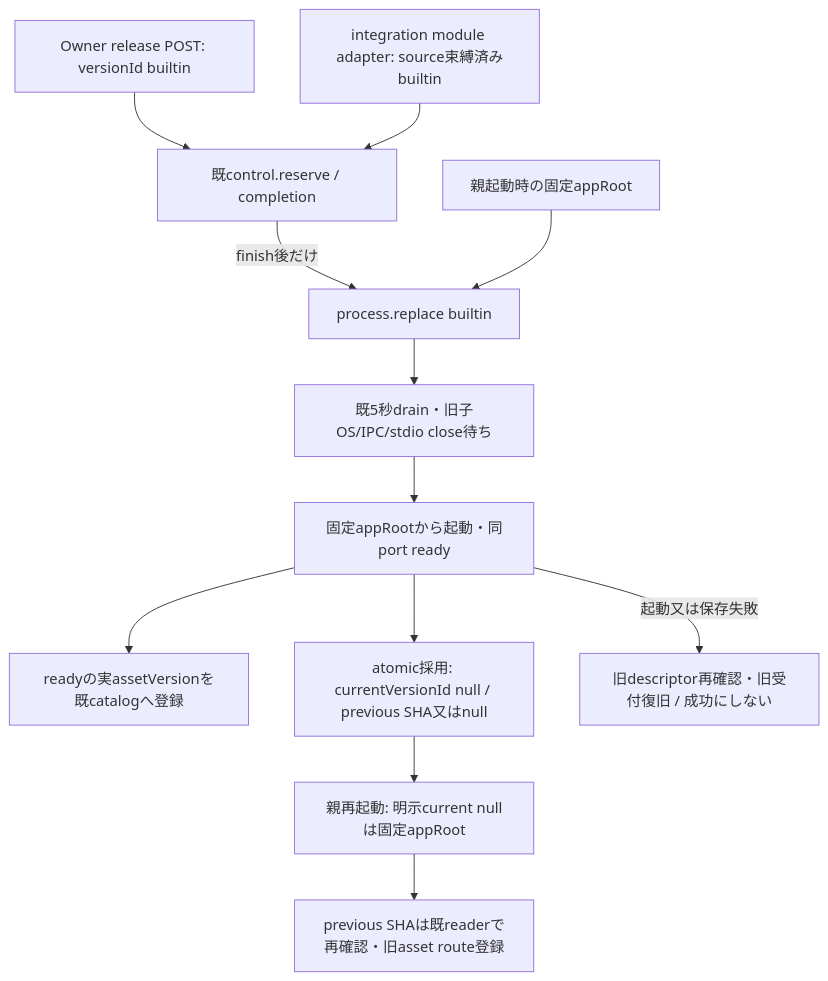
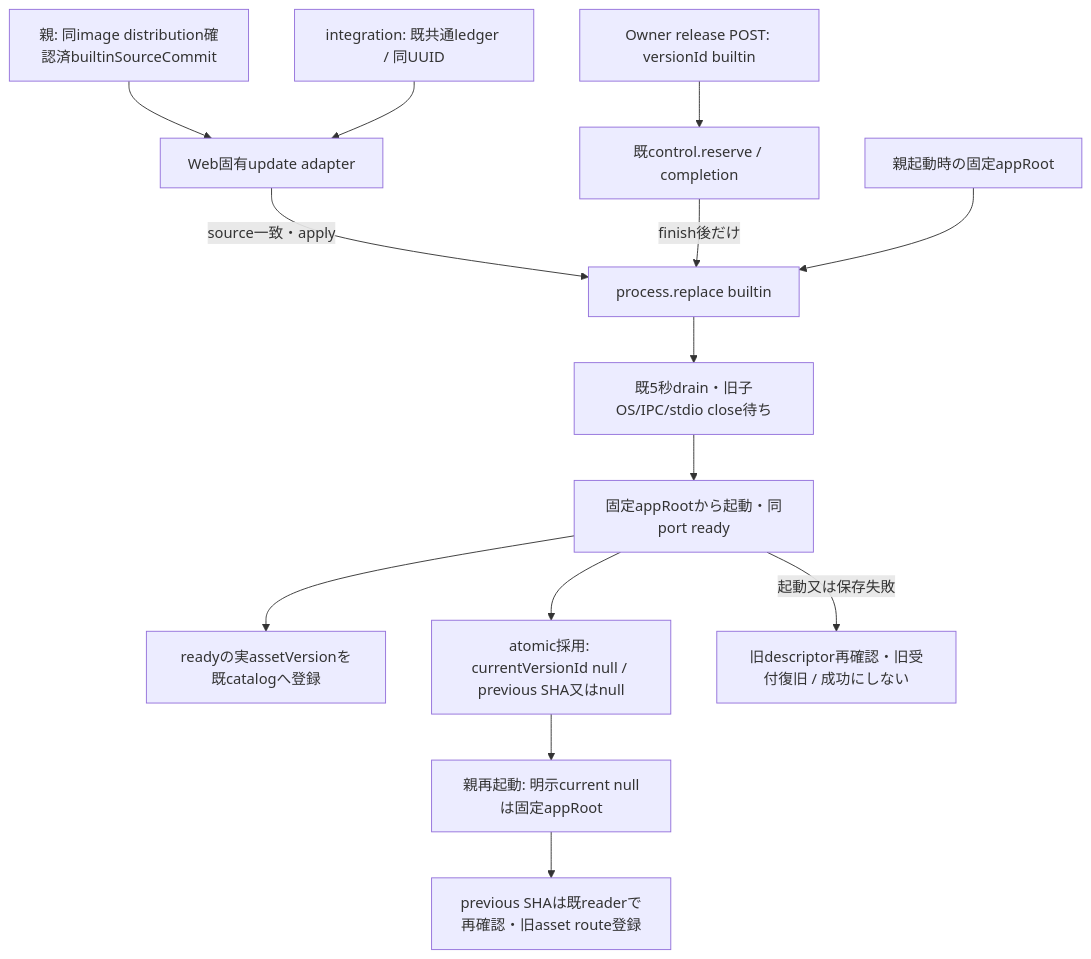
One commit to kitepon/BellTeam changed the diagram in docs/architecture/modules/web/gateway-builtin.md. Above: the diagram before and after it, drawn with Mermaid. The commit also changed other lines of this file and 2 other files, not shown here.

Commit message:
Extract source-bound web gateway update adapter

````diff
--- a/docs/architecture/modules/web/gateway-builtin.md
+++ b/docs/architecture/modules/web/gateway-builtin.md
@@ -5,14 +5,16 @@
 ```mermaid
 flowchart TD
   Owner[Owner release POST: versionId builtin] --> Control[既control.reserve / completion]
-  Adapter[integration module adapter: source束縛済みbuiltin] --> Control
+  Parent[親: 同image distribution確認済builtinSourceCommit] --> Adapter[Web固有update adapter]
+  Ledger[integration: 既共通ledger / 同UUID] --> Adapter
+  Adapter -->|source一致・apply| Replace
   Control -->|finish後だけ| Replace[process.replace builtin]
   Fixed[親起動時の固定appRoot] --> Replace
   Replace --> Stop[既5秒drain・旧子OS/IPC/stdio close待ち]
   Stop --> Ready[固定appRootから起動・同port ready]
   Ready --> Assets[readyの実assetVersionを既catalogへ登録]
   Ready --> Adoption[atomic採用: currentVersionId null / previous SHA又はnull]
   Adoption --> Reload[親再起動: 明示current nullは固定appRoot]
   Reload --> Previous[previous SHAは既readerで再確認・旧asset route登録]
   Ready -->|起動又は保存失敗| Restore[旧descriptor再確認・旧受付復旧 / 成功にしない]
 ```
````
